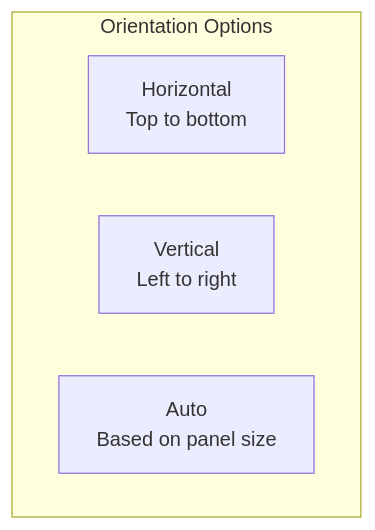
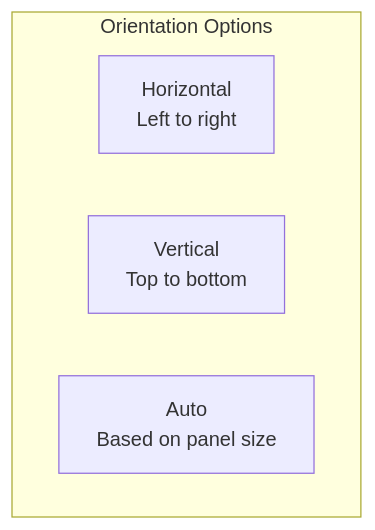
Before and after one commit to OneUptime/blog: the fifth of 5 diagrams in posts/2026-01-30-grafana-gauge-configurations/README.md, drawn with Mermaid. The commit also changed other lines of this file and 876 other files, not shown here.

````diff
--- a/posts/2026-01-30-grafana-gauge-configurations/README.md
+++ b/posts/2026-01-30-grafana-gauge-configurations/README.md
@@ -488,9 +488,9 @@
 ```mermaid
 flowchart TB
     subgraph Orientation["Orientation Options"]
         direction LR
-        H["Horizontal<br/>Top to bottom"]
-        V["Vertical<br/>Left to right"]
+        H["Horizontal<br/>Left to right"]
+        V["Vertical<br/>Top to bottom"]
         A["Auto<br/>Based on panel size"]
     end
 ```
````
